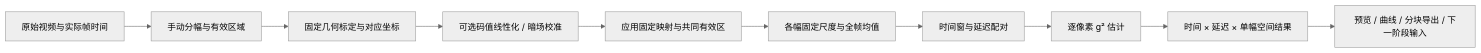
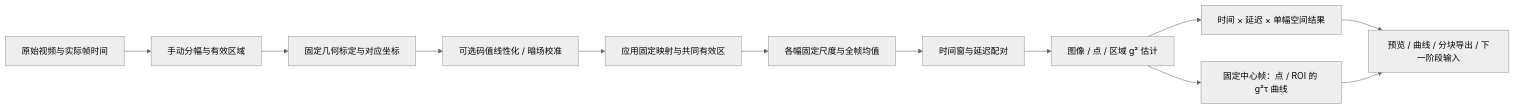
Before and after one commit to CSSAcslin/Expertise-Image-Processor: the diagram in docs/SPLIT_INTENSITY_CORRELATION_PLAN.md, drawn with Mermaid (neutral theme). The commit also changed other lines of this file and 3 other files, not shown here.

````diff
--- a/docs/SPLIT_INTENSITY_CORRELATION_PLAN.md
+++ b/docs/SPLIT_INTENSITY_CORRELATION_PLAN.md
@@ -21,12 +22,14 @@
 ```mermaid
 flowchart LR
     A[原始视频与实际帧时间] --> B[手动分幅与有效区域]
     B --> C[固定几何标定与对应坐标]
     C --> D[可选码值线性化 / 暗场校准]
     D --> R[应用固定映射与共同有效区]
     R --> E[各幅固定尺度与全帧均值]
     E --> F[时间窗与延迟配对]
-    F --> G[逐像素 g² 估计]
+    F --> G[图像 / 点 / 区域 g² 估计]
     G --> H[时间 × 延迟 × 单幅空间结果]
+    G --> P[固定中心帧：点 / ROI 的 g²τ 曲线]
     H --> I[预览 / 曲线 / 分块导出 / 下一阶段输入]
+    P --> I
 ```
````
